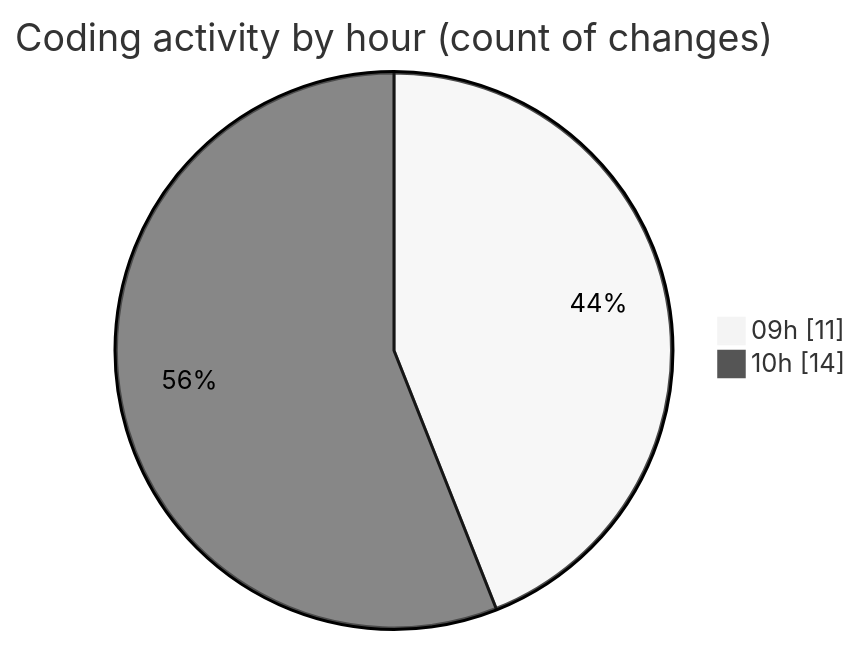
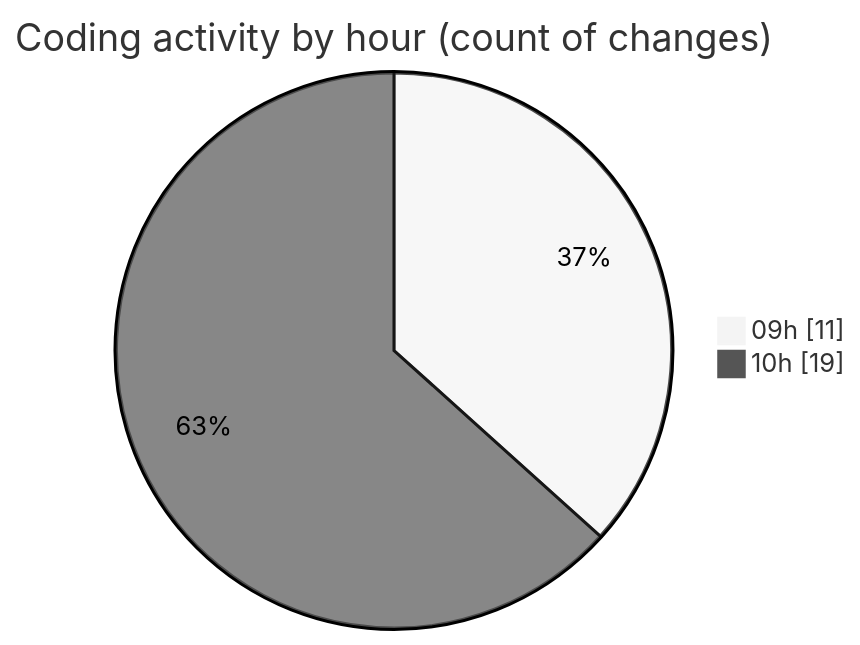
One commit to momahboobian/code-tracking changed the second of 2 diagrams in 2025-06-24/cda/README.md. Above: the diagram before and after it, drawn with Mermaid (neutral theme). The commit also changed other lines of this file and 1 other file, not shown here.

````diff
--- a/2025-06-24/cda/README.md
+++ b/2025-06-24/cda/README.md
@@ -28,6 +28,6 @@
 ```mermaid
 pie showData
 title Coding activity by hour (count of changes)
 "09h" : 11
-"10h" : 14
+"10h" : 19
 ```
````
